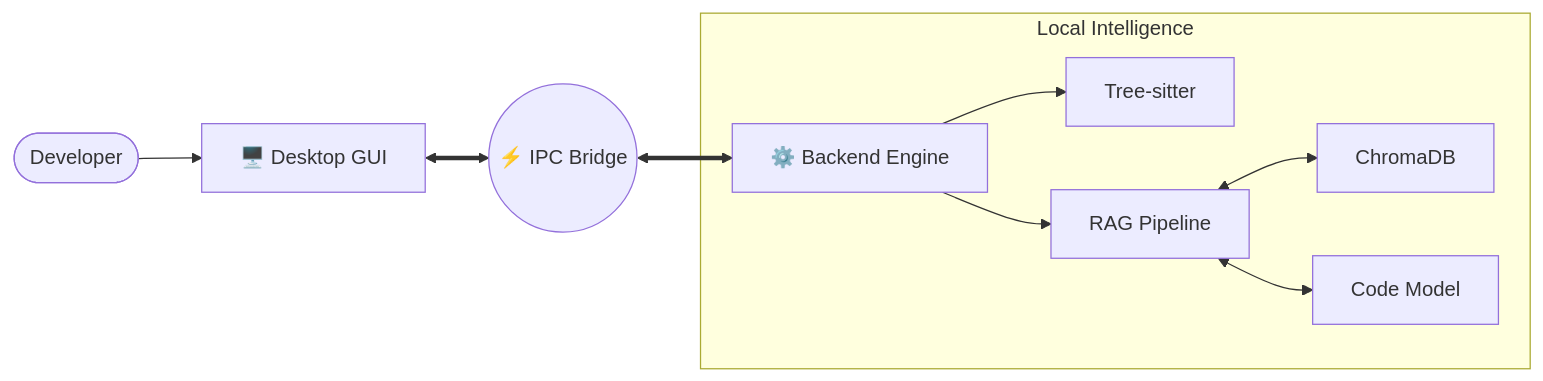
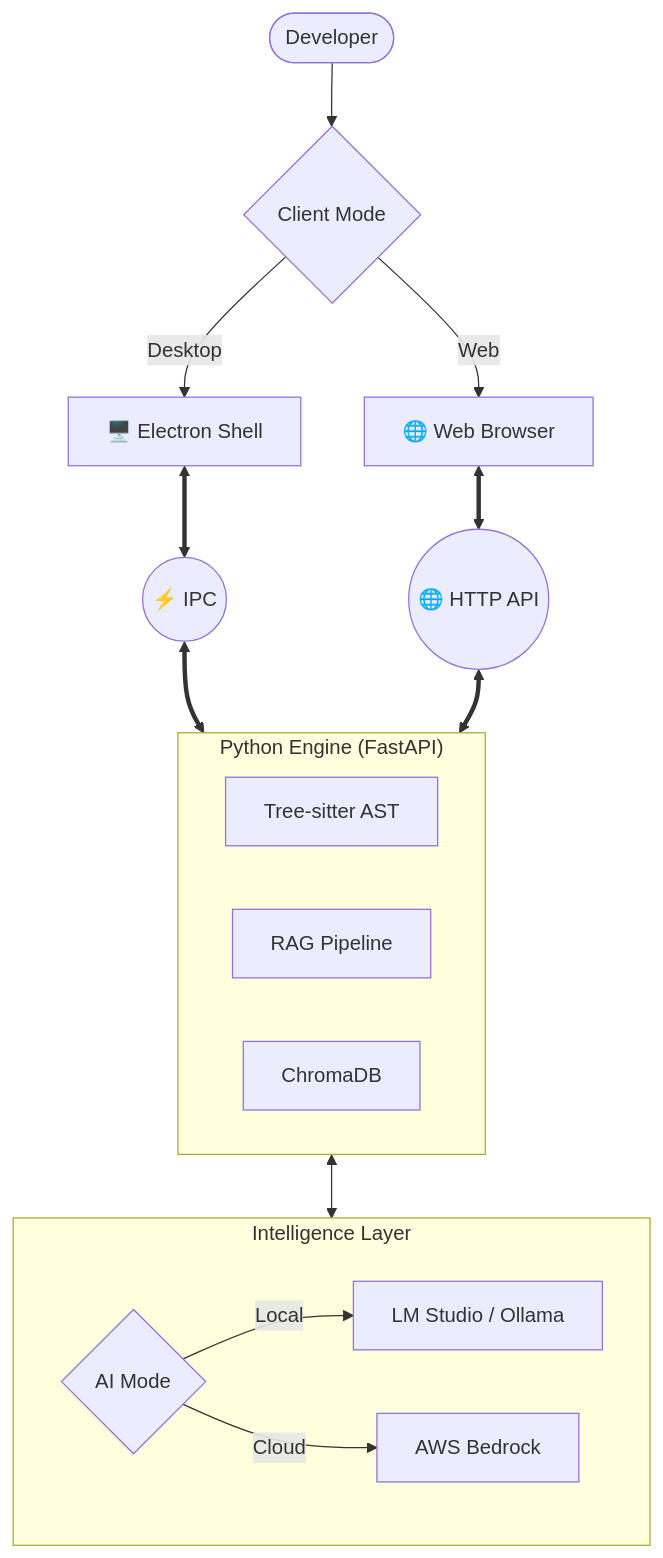
One commit to Cyberronin01/LIFT changed the diagram in README.md. Above: the diagram before and after it, drawn with Mermaid. The commit also changed other lines of this file, not shown here.

````diff
--- a/README.md
+++ b/README.md
@@ -61,12 +57,23 @@
 ```mermaid
-graph LR
-    User([Developer]) --> Electron[🖥️ Desktop GUI]
-    Electron <==> IPC((⚡ IPC Bridge)) <==> Python[⚙️ Backend Engine]
+graph TD
+    User([Developer]) --> Client{Client Mode}
+    Client -->|Desktop| Electron[🖥️ Electron Shell]
+    Client -->|Web| Browser[🌐 Web Browser]
     
-    subgraph Core ["Local Intelligence"]
-        Python --> Parser[Tree-sitter]
-        Python --> RAG[RAG Pipeline]
-        RAG <--> Chroma[ChromaDB]
-        RAG <--> Model[Code Model]
+    Electron <==> IPC((⚡ IPC)) <==> Backend
+    Browser <==> HTTP((🌐 HTTP API)) <==> Backend
+    
+    subgraph Backend ["Python Engine (FastAPI)"]
+        Parser[Tree-sitter AST]
+        RAG[RAG Pipeline]
+        Chroma[ChromaDB]
     end
+    
+    subgraph AI ["Intelligence Layer"]
+        Direction{AI Mode}
+        Direction -->|Local| LM["LM Studio / Ollama"]
+        Direction -->|Cloud| Bedrock["AWS Bedrock"]
+    end
+    
+    Backend <--> AI
 ```
````
